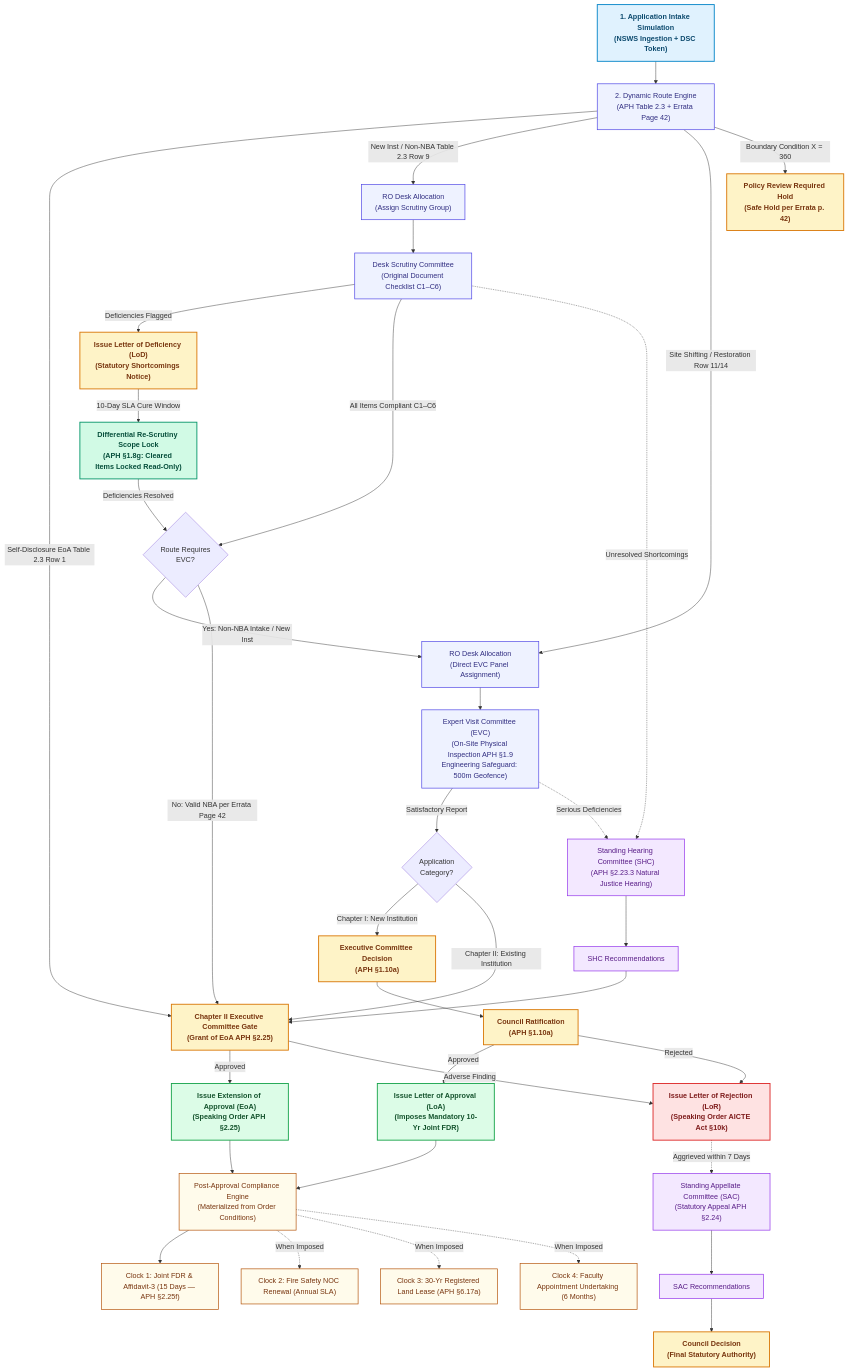
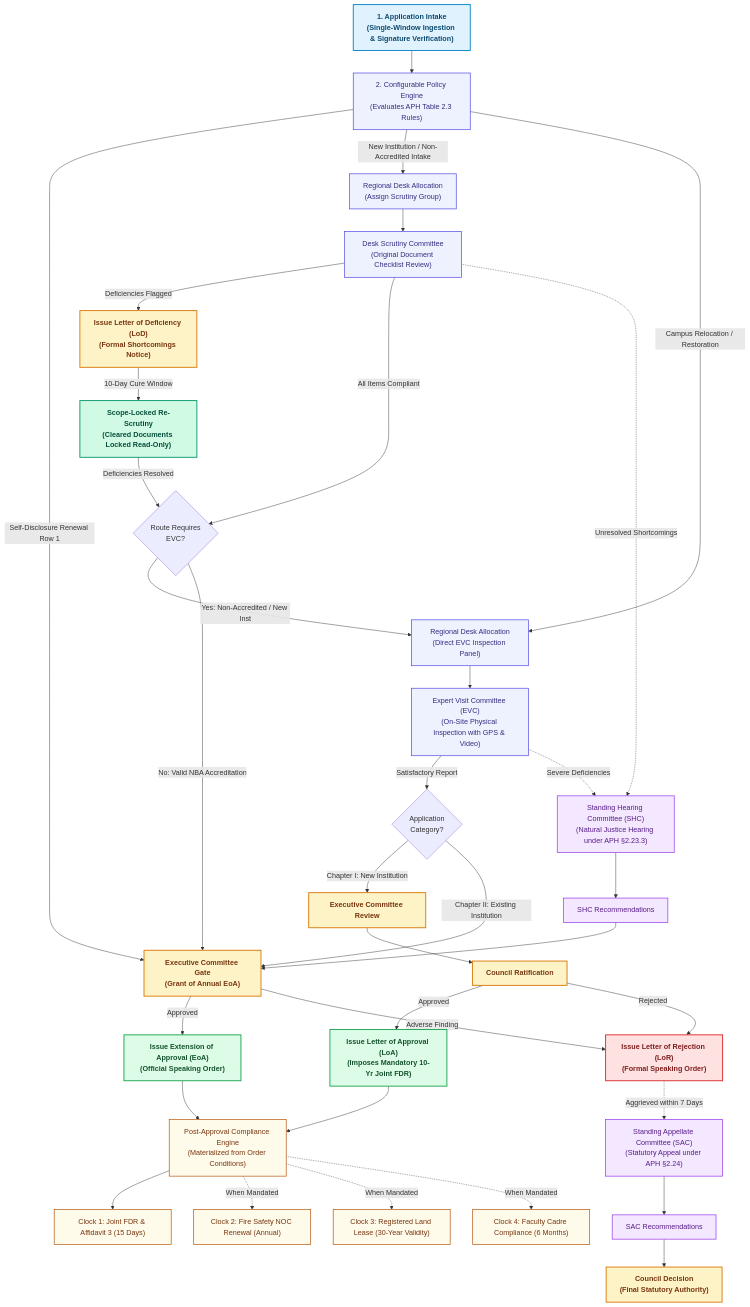
Before and after one commit to Parth-Chavan-15/SIH-2026-AICTE: the second of 18 diagrams in README.md, drawn with Mermaid. The commit also changed other lines of this file, not shown here.

Commit message:
docs: finalize README with restored innovations table, features and tech stack tables, and accurate repository map

````diff
--- a/README.md
+++ b/README.md
@@ -172,57 +164,56 @@
 ```mermaid
 flowchart TD
     classDef startNode fill:#E0F2FE,stroke:#0284C7,stroke-width:2px,color:#0C4A6E,font-weight:bold;
     classDef processNode fill:#EEF2FF,stroke:#4F46E5,stroke-width:1.5px,color:#312E81;
     classDef branchNode fill:#D1FAE5,stroke:#059669,stroke-width:2px,color:#064E3B,font-weight:bold;
     classDef decisionNode fill:#FEF3C7,stroke:#D97706,stroke-width:2px,color:#78350F,font-weight:bold;
     classDef docNode fill:#DCFCE7,stroke:#16A34A,stroke-width:2px,color:#14532D,font-weight:bold;
     classDef rejectNode fill:#FEE2E2,stroke:#DC2626,stroke-width:2px,color:#7F1D1D,font-weight:bold;
     classDef auditNode fill:#FFFBEB,stroke:#B45309,stroke-width:1.5px,color:#78350F;
     classDef quasiNode fill:#F3E8FF,stroke:#9333EA,stroke-width:1.5px,color:#581C87;
 
-    A["1. Application Intake Simulation<br/>(NSWS Ingestion + DSC Token)"]:::startNode --> B["2. Dynamic Route Engine<br/>(APH Table 2.3 + Errata Page 42)"]:::processNode
+    A["1. Application Intake<br/>(Single-Window Ingestion & Signature Verification)"]:::startNode --> B["2. Configurable Policy Engine<br/>(Evaluates APH Table 2.3 Rules)"]:::processNode
 
-    B -->|Self-Disclosure EoA Table 2.3 Row 1| G_EC["Chapter II Executive Committee Gate<br/>(Grant of EoA APH §2.25)"]:::decisionNode
-    B -->|New Inst / Non-NBA Table 2.3 Row 9| C["RO Desk Allocation<br/>(Assign Scrutiny Group)"]:::processNode
-    B -->|Site Shifting / Restoration Row 11/14| E["RO Desk Allocation<br/>(Direct EVC Panel Assignment)"]:::processNode
-    B -->|Boundary Condition X = 360| BH["Policy Review Required Hold<br/>(Safe Hold per Errata p. 42)"]:::decisionNode
+    B -->|Self-Disclosure Renewal Row 1| G_EC["Executive Committee Gate<br/>(Grant of Annual EoA)"]:::decisionNode
+    B -->|New Institution / Non-Accredited Intake| C["Regional Desk Allocation<br/>(Assign Scrutiny Group)"]:::processNode
+    B -->|Campus Relocation / Restoration| E["Regional Desk Allocation<br/>(Direct EVC Inspection Panel)"]:::processNode
 
-    C --> D["Desk Scrutiny Committee<br/>(Original Document Checklist C1–C6)"]:::processNode
-    D -->|Deficiencies Flagged| D_LOD["Issue Letter of Deficiency (LoD)<br/>(Statutory Shortcomings Notice)"]:::decisionNode
-    D_LOD -->|10-Day SLA Cure Window| D1["Differential Re-Scrutiny Scope Lock<br/>(APH §1.8g: Cleared Items Locked Read-Only)"]:::branchNode
+    C --> D["Desk Scrutiny Committee<br/>(Original Document Checklist Review)"]:::processNode
+    D -->|Deficiencies Flagged| D_LOD["Issue Letter of Deficiency (LoD)<br/>(Formal Shortcomings Notice)"]:::decisionNode
+    D_LOD -->|10-Day Cure Window| D1["Scope-Locked Re-Scrutiny<br/>(Cleared Documents Locked Read-Only)"]:::branchNode
     D1 -->|Deficiencies Resolved| D2Check{"Route Requires<br/>EVC?"}
-    D -->|All Items Compliant C1–C6| D2Check
+    D -->|All Items Compliant| D2Check
 
-    D2Check -->|Yes: Non-NBA Intake / New Inst| E
-    D2Check -->|No: Valid NBA per Errata Page 42| G_EC
+    D2Check -->|Yes: Non-Accredited / New Inst| E
+    D2Check -->|No: Valid NBA Accreditation| G_EC
 
-    E --> F["Expert Visit Committee (EVC)<br/>(On-Site Physical Inspection APH §1.9<br/>Engineering Safeguard: 500m Geofence)"]:::processNode
+    E --> F["Expert Visit Committee (EVC)<br/>(On-Site Physical Inspection with GPS & Video)"]:::processNode
     F -->|Satisfactory Report| G_ROUTE{"Application<br/>Category?"}
 
-    G_ROUTE -->|Chapter I: New Institution| G_CH1_EC["Executive Committee Decision<br/>(APH §1.10a)"]:::decisionNode
-    G_CH1_EC --> G_CH1_COUNCIL["Council Ratification<br/>(APH §1.10a)"]:::decisionNode
+    G_ROUTE -->|Chapter I: New Institution| G_CH1_EC["Executive Committee Review"]:::decisionNode
+    G_CH1_EC --> G_CH1_COUNCIL["Council Ratification"]:::decisionNode
     G_CH1_COUNCIL -->|Approved| H1["Issue Letter of Approval (LoA)<br/>(Imposes Mandatory 10-Yr Joint FDR)"]:::docNode
-    G_CH1_COUNCIL -->|Rejected| I2["Issue Letter of Rejection (LoR)<br/>(Speaking Order AICTE Act §10k)"]:::rejectNode
+    G_CH1_COUNCIL -->|Rejected| I2["Issue Letter of Rejection (LoR)<br/>(Formal Speaking Order)"]:::rejectNode
 
     G_ROUTE -->|Chapter II: Existing Institution| G_EC
-    G_EC -->|Approved| H2["Issue Extension of Approval (EoA)<br/>(Speaking Order APH §2.25)"]:::docNode
+    G_EC -->|Approved| H2["Issue Extension of Approval (EoA)<br/>(Official Speaking Order)"]:::docNode
     G_EC -->|Adverse Finding| I2
 
-    %% Decoupled Governance Branches
-    D -.->|Unresolved Shortcomings| SHC_COMP["Standing Hearing Committee (SHC)<br/>(APH §2.23.3 Natural Justice Hearing)"]:::quasiNode
-    F -.->|Serious Deficiencies| SHC_COMP
+    %% Exceptional Governance Branches
+    D -.->|Unresolved Shortcomings| SHC_COMP["Standing Hearing Committee (SHC)<br/>(Natural Justice Hearing under APH §2.23.3)"]:::quasiNode
+    F -.->|Severe Deficiencies| SHC_COMP
     SHC_COMP --> SHC_REC["SHC Recommendations"]:::quasiNode
     SHC_REC --> G_EC
 
-    I2 -.->|Aggrieved within 7 Days| SAC_APP["Standing Appellate Committee (SAC)<br/>(Statutory Appeal APH §2.24)"]:::quasiNode
+    I2 -.->|Aggrieved within 7 Days| SAC_APP["Standing Appellate Committee (SAC)<br/>(Statutory Appeal under APH §2.24)"]:::quasiNode
     SAC_APP --> SAC_REC["SAC Recommendations"]:::quasiNode
     SAC_REC --> SAC_FINAL["Council Decision<br/>(Final Statutory Authority)"]:::decisionNode
 
     %% Post-Approval Compliance Materialization
     H1 --> N["Post-Approval Compliance Engine<br/>(Materialized from Order Conditions)"]:::auditNode
     H2 --> N
-    N --> N1["Clock 1: Joint FDR & Affidavit-3 (15 Days — APH §2.25f)"]:::auditNode
-    N -.->|When Imposed| N2["Clock 2: Fire Safety NOC Renewal (Annual SLA)"]:::auditNode
-    N -.->|When Imposed| N3["Clock 3: 30-Yr Registered Land Lease (APH §6.17a)"]:::auditNode
-    N -.->|When Imposed| N4["Clock 4: Faculty Appointment Undertaking (6 Months)"]:::auditNode
+    N --> N1["Clock 1: Joint FDR & Affidavit 3 (15 Days)"]:::auditNode
+    N -.->|When Mandated| N2["Clock 2: Fire Safety NOC Renewal (Annual)"]:::auditNode
+    N -.->|When Mandated| N3["Clock 3: Registered Land Lease (30-Year Validity)"]:::auditNode
+    N -.->|When Mandated| N4["Clock 4: Faculty Cadre Compliance (6 Months)"]:::auditNode
 ```
````
